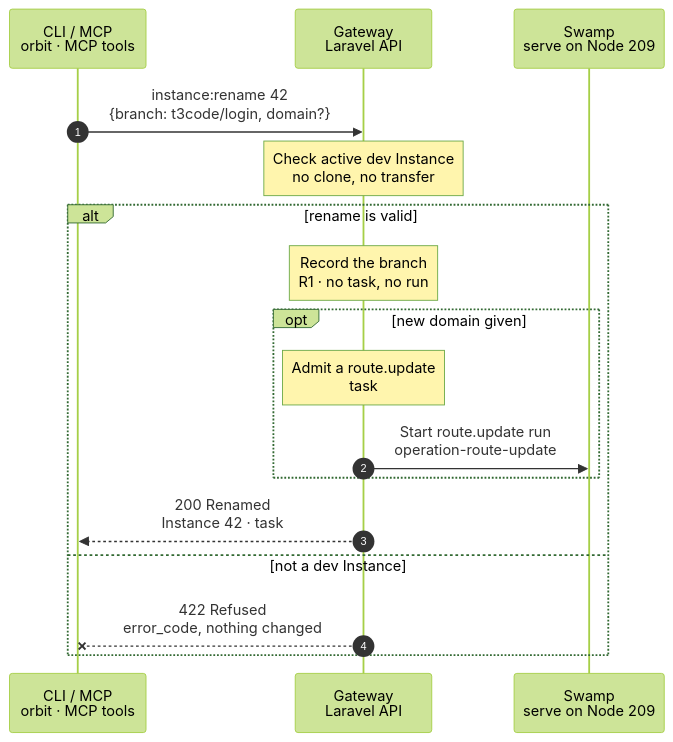
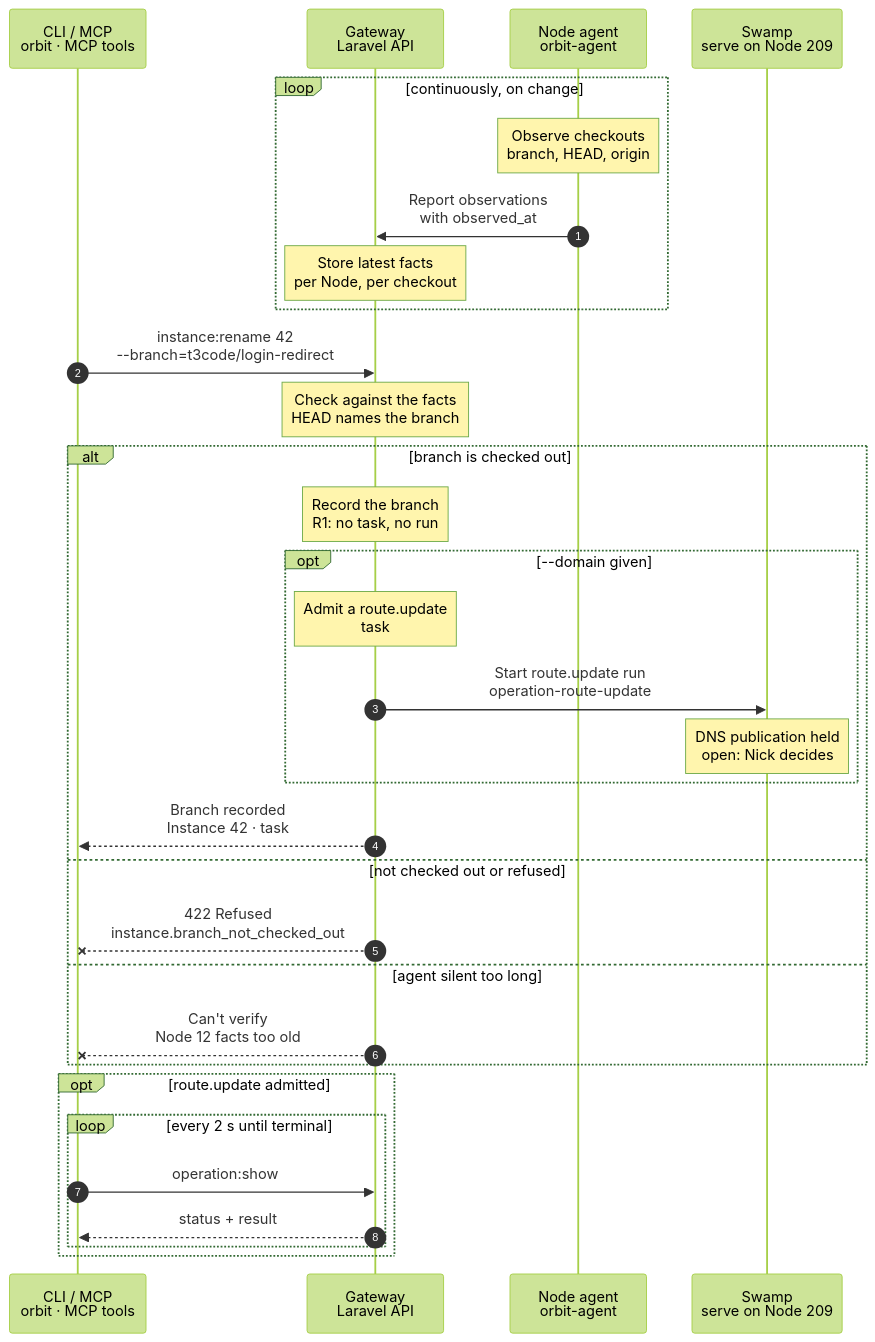
Before and after one commit to hardimpactdev/orbit: the diagram in docs/flows/instance.rename.mmd, drawn with Mermaid (forest theme). The commit also changed 10 other files, not shown here.

First line of the commit message:
docs(flows): wave 3 charts (dev Instance lifecycle, Project maintenance) (#2436)

```diff
--- a/docs/flows/instance.rename.mmd
+++ b/docs/flows/instance.rename.mmd
@@ -1,22 +1,98 @@
 sequenceDiagram
-  %% Target design: DECISIONS scope (instance.rename record-only per docs/cli/instance.mdx, R1); a new domain admits route.update.
+  %% Target design: DECISIONS scope (instance.rename record-only, R1); rule 1 (checkout read from Node agent reports); a new domain admits route.update (own chart); DECISIONS 2 (DNS held).
   %% status: draft
+  %% command: instance:rename
   autonumber
   %% lane CLI icon=terminal pill=caller tone=gray
   %% lane GW icon=gateway pill=intent tone=blue
+  %% lane A icon=server pill=observer tone=amber
   %% lane SW icon=workflow pill=executes tone=green
   participant CLI as CLI / MCP<br/>orbit · MCP tools
   participant GW as Gateway<br/>Laravel API
+  participant A as Node agent<br/>orbit-agent
   participant SW as Swamp<br/>serve on Node 209
-  CLI->>GW: instance:rename 42<br/>{branch: t3code/login, domain?}
-  Note over GW: Check active dev Instance<br/>no clone, no transfer
-  alt rename is valid
-    Note over GW: Record the branch<br/>R1 · no task, no run
-    opt new domain given
+  loop continuously, on change
+    Note over A: Observe checkouts<br/>branch, HEAD, origin
+    %%> What it observes:
+    %%> - each Instance checkout on Node 12: its symbolic `HEAD`, origin, owner and layout
+    %%> Runs as:
+    %%> - read-only; the Node agent never changes a Node
+    A->>GW: Report observations<br/>with observed_at
+    %%> What it sends:
+    %%> - what changed since the last report, with the time it was observed
+    Note over GW: Store latest facts<br/>per Node, per checkout
+    %%> Result:
+    %%> - the Gateway knows which branch each checkout has checked out
+  end
+  CLI->>GW: instance:rename 42<br/>--branch=t3code/login-redirect
+  %%> Command:
+  %%> - `orbit instance:rename 42 --branch=t3code/login-redirect`
+  %%> - syntax: `<instance> [--branch=BRANCH] [--domain=HOST] [--idempotency-key=KEY] [--json]`
+  %%> Before:
+  %%> - rename the branch in the checkout first: `git branch -m t3code/login-redirect`
+  %%> What it does not do:
+  %%> - rename the Instance, move its directory, or change Git `HEAD`
+  %%> With `--domain`:
+  %%> - also moves the Instance's Route to the new domain
+  Note over GW: Check against the facts<br/>HEAD names the branch
+  %%> Requirements:
+  %%> - your Node has an access grant to Node 12, which runs Instance 42
+  %%> - Instance 42 is an active development checkout, not a linked worktree or production
+  %%> - no other lifecycle change holds Instance 42
+  %%> Checks in the agent's latest report:
+  %%> - symbolic `HEAD` names `t3code/login-redirect`
+  %%> - the origin still is Project 7's repository
+  %%> - the report is fresh enough to trust
+  %%> Allowed:
+  %%> - dirty or unpublished source
+  alt branch is checked out
+    Note over GW: Record the branch<br/>R1: no task, no run
+    %%> Result:
+    %%> - `selected_branch` and `branch_override` of Instance 42 become `t3code/login-redirect`
+    %%> - the already recorded branch keeps its existing override
+    %%> - no Swamp run starts (R1)
+    %%> Later:
+    %%> - removal, cloning and doctor check the new branch
+    opt --domain given
       Note over GW: Admit a route.update<br/>task #5160 · own chart
+      %%> What it does:
+      %%> - admits a `route.update` task for the Route of Instance 42, with the new domain
+      %%> - the Route change has its own chart; rename only starts it
+      %%> Today:
+      %%> - `--domain` returns `operation.kind_unavailable`
       GW->>SW: Start route.update run<br/>operation-route-update
+      %%> What it does:
+      %%> - starts one Swamp run on serve (Node 209) for the Route change
+      Note over SW: DNS publication held<br/>open: Nick decides
+      %%> Open:
+      %%> - DNS publication for Routes is on hold (`native-dns-takeover-held`)
+      %%> - until Nick decides, the Route change is same-Node work only
     end
-    GW-->>CLI: 200 Renamed<br/>Instance 42 · task #5160 if any
-  else not a dev Instance
-    GW--xCLI: 422 Refused<br/>error_code, nothing changed
+    GW-->>CLI: Branch recorded<br/>Instance 42 · task #5160 if any
+    %%> What you get:
+    %%> - the result at once
+    %%> - with `--domain`, also the `route.update` task number to follow
+  else not checked out or refused
+    GW--xCLI: 422 Refused<br/>instance.branch_not_checked_out
+    %%> When:
+    %%> - `HEAD` names another branch or is detached
+    %%> - or Instance 42 is not an active development checkout
+    %%> Result:
+    %%> - nothing is recorded
+  else agent silent too long
+    GW--xCLI: Can't verify<br/>Node 12 facts too old
+    %%> When:
+    %%> - the Node agent hasn't reported recently, so the Gateway can't trust what it knows
+    %%> Result:
+    %%> - nothing is recorded; try again when the agent reports
   end
+  opt route.update admitted
+    loop every 2 s until terminal
+      CLI->>GW: operation:show #5160
+      %%> What it does:
+      %%> - follows the Route change every 2 seconds until it has ended
+      GW-->>CLI: status + result
+      %%> Returns:
+      %%> - the current status, and the result once the task has ended
+    end
+  end
```
